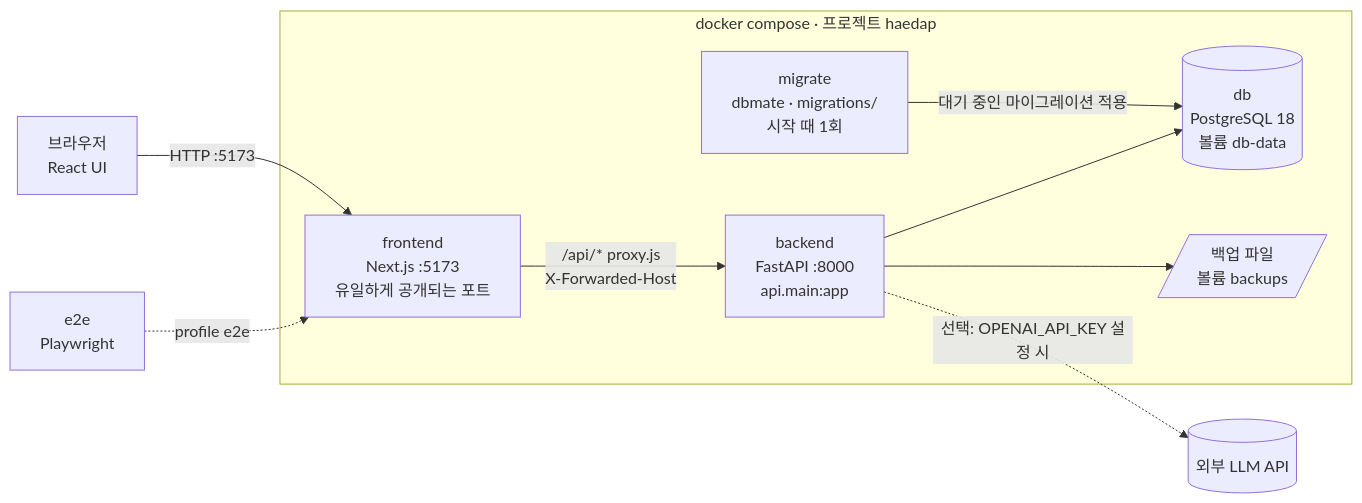
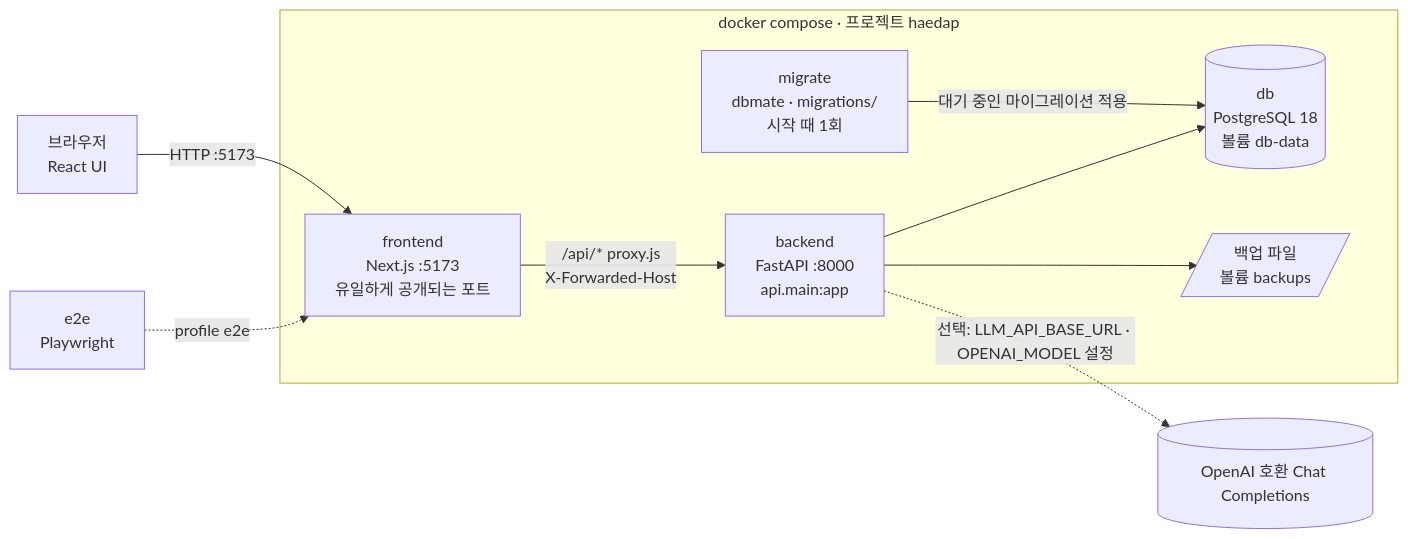
The first of 3 diagrams in docs/architecture.md (JongmuLee/sea-the-answer), drawn with Mermaid before and after one commit. The commit also changed other lines of this file and 20 other files, not shown here.

````diff
--- a/docs/architecture.md
+++ b/docs/architecture.md
@@ -20,17 +20,17 @@
 ```mermaid
 flowchart LR
   B[브라우저<br/>React UI] -->|HTTP :5173| N
   subgraph C[docker compose · 프로젝트 haedap]
     N[frontend<br/>Next.js :5173<br/>유일하게 공개되는 포트]
     G[backend<br/>FastAPI :8000<br/>api.main:app]
     D[(db<br/>PostgreSQL 18<br/>볼륨 db-data)]
     M[migrate<br/>dbmate · migrations/<br/>시작 때 1회]
     K[/백업 파일<br/>볼륨 backups/]
     M -->|대기 중인 마이그레이션 적용| D
     N -->|/api/* proxy.js<br/>X-Forwarded-Host| G
     G --> D
     G --> K
   end
-  G -. 선택: OPENAI_API_KEY 설정 시 .-> O[(외부 LLM API)]
+  G -. 선택: LLM_API_BASE_URL · OPENAI_MODEL 설정 .-> O[(OpenAI 호환 Chat Completions)]
   E[e2e<br/>Playwright] -. profile e2e .-> N
 ```
````
